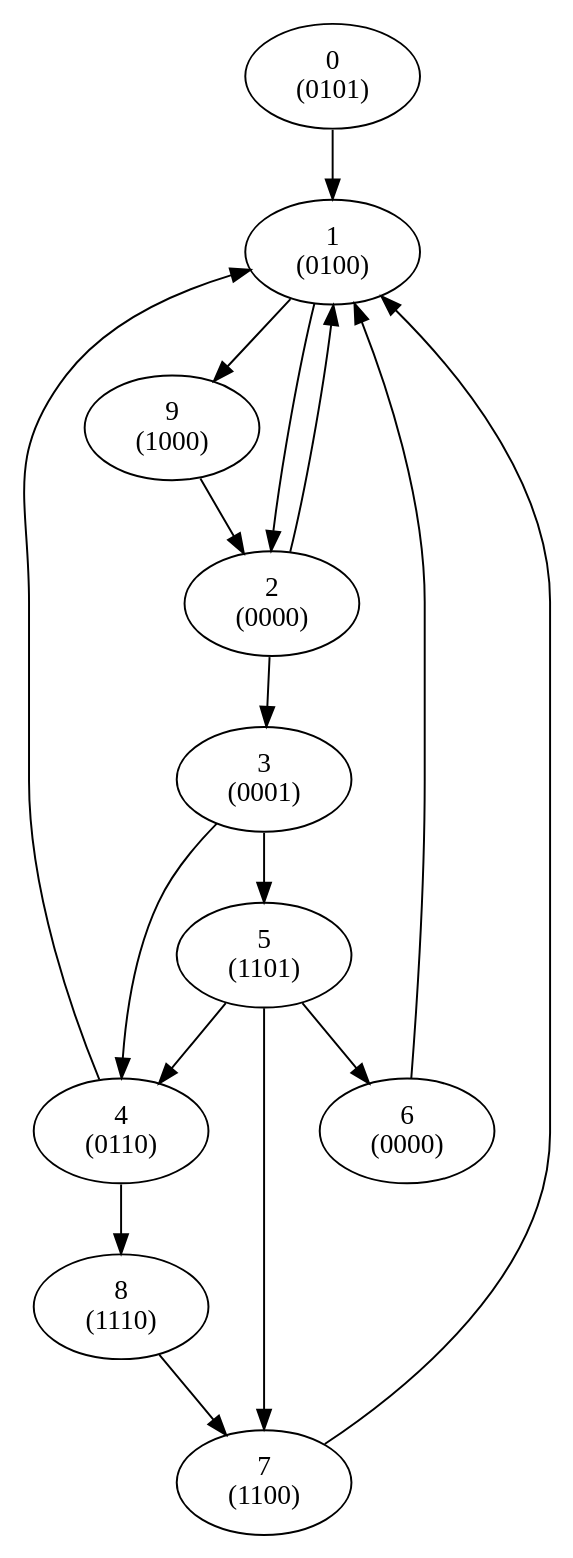
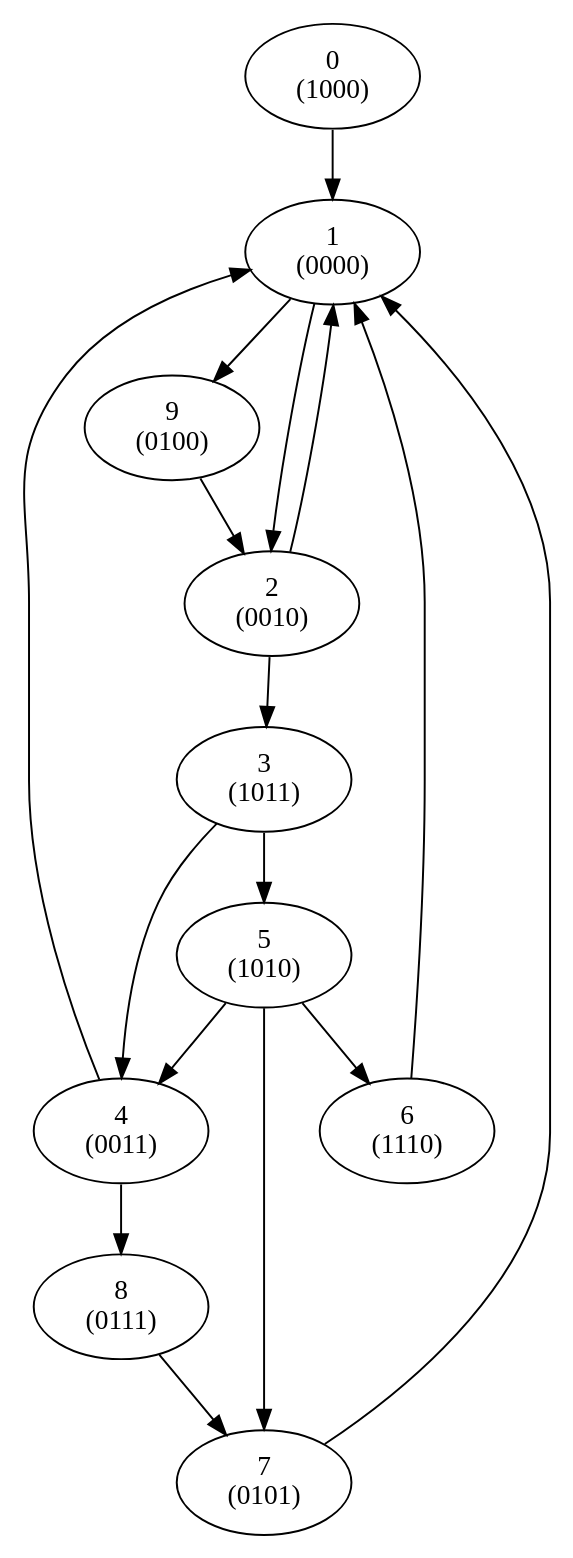
One commit to abemac/verilog-to-fsm changed the diagram in state_encoding/yuan_alg/run/DFS.dot. Above: the diagram before and after it, drawn with Graphviz. The commit also changed 6 other files, not shown here.

```diff
--- a/state_encoding/yuan_alg/run/DFS.dot
+++ b/state_encoding/yuan_alg/run/DFS.dot
@@ -1,18 +1,18 @@
 digraph fsm {
-"0\n(0101)" -> "1\n(0100)";
-"1\n(0100)" -> "2\n(0000)";
-"1\n(0100)" -> "9\n(1000)";
-"2\n(0000)" -> "1\n(0100)";
-"2\n(0000)" -> "3\n(0001)";
-"3\n(0001)" -> "5\n(1101)";
-"3\n(0001)" -> "4\n(0110)";
-"4\n(0110)" -> "1\n(0100)";
-"4\n(0110)" -> "8\n(1110)";
-"5\n(1101)" -> "4\n(0110)";
-"5\n(1101)" -> "7\n(1100)";
-"5\n(1101)" -> "6\n(0000)";
-"6\n(0000)" -> "1\n(0100)";
-"7\n(1100)" -> "1\n(0100)";
-"8\n(1110)" -> "7\n(1100)";
-"9\n(1000)" -> "2\n(0000)";
+"0\n(1000)" -> "1\n(0000)";
+"1\n(0000)" -> "2\n(0010)";
+"1\n(0000)" -> "9\n(0100)";
+"2\n(0010)" -> "1\n(0000)";
+"2\n(0010)" -> "3\n(1011)";
+"3\n(1011)" -> "5\n(1010)";
+"3\n(1011)" -> "4\n(0011)";
+"4\n(0011)" -> "1\n(0000)";
+"4\n(0011)" -> "8\n(0111)";
+"5\n(1010)" -> "4\n(0011)";
+"5\n(1010)" -> "7\n(0101)";
+"5\n(1010)" -> "6\n(1110)";
+"6\n(1110)" -> "1\n(0000)";
+"7\n(0101)" -> "1\n(0000)";
+"8\n(0111)" -> "7\n(0101)";
+"9\n(0100)" -> "2\n(0010)";
 }
```
